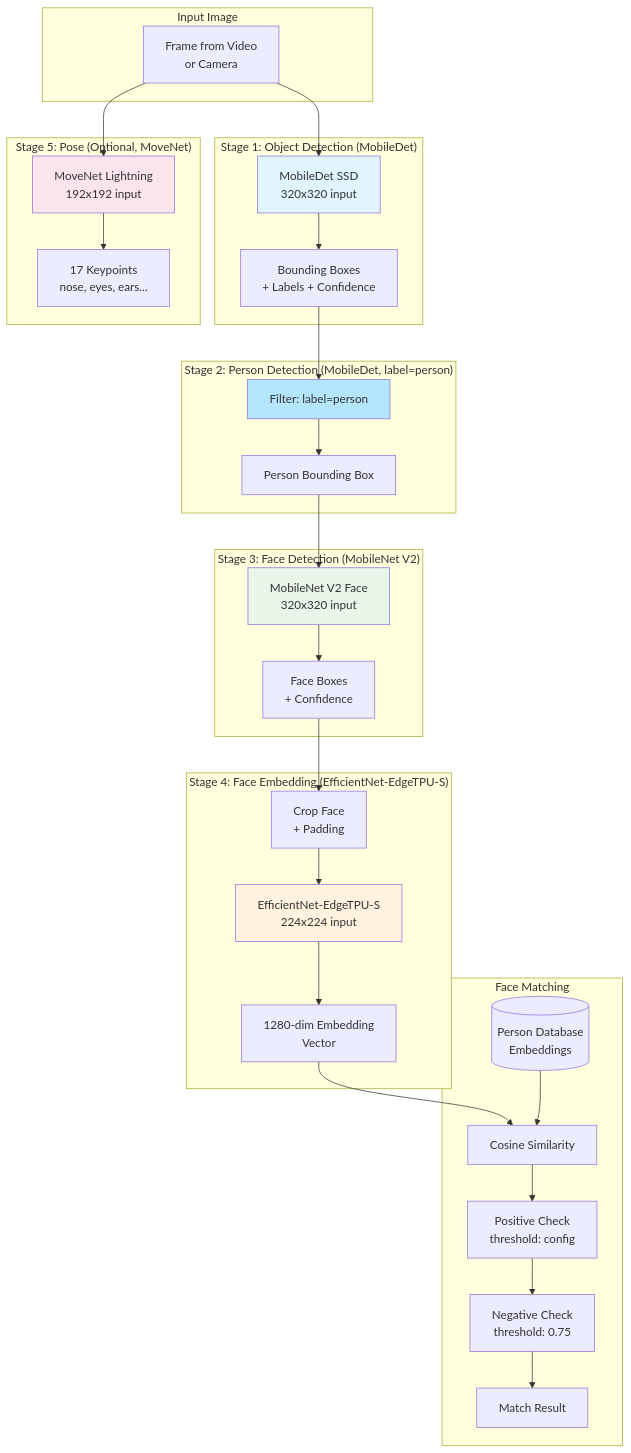
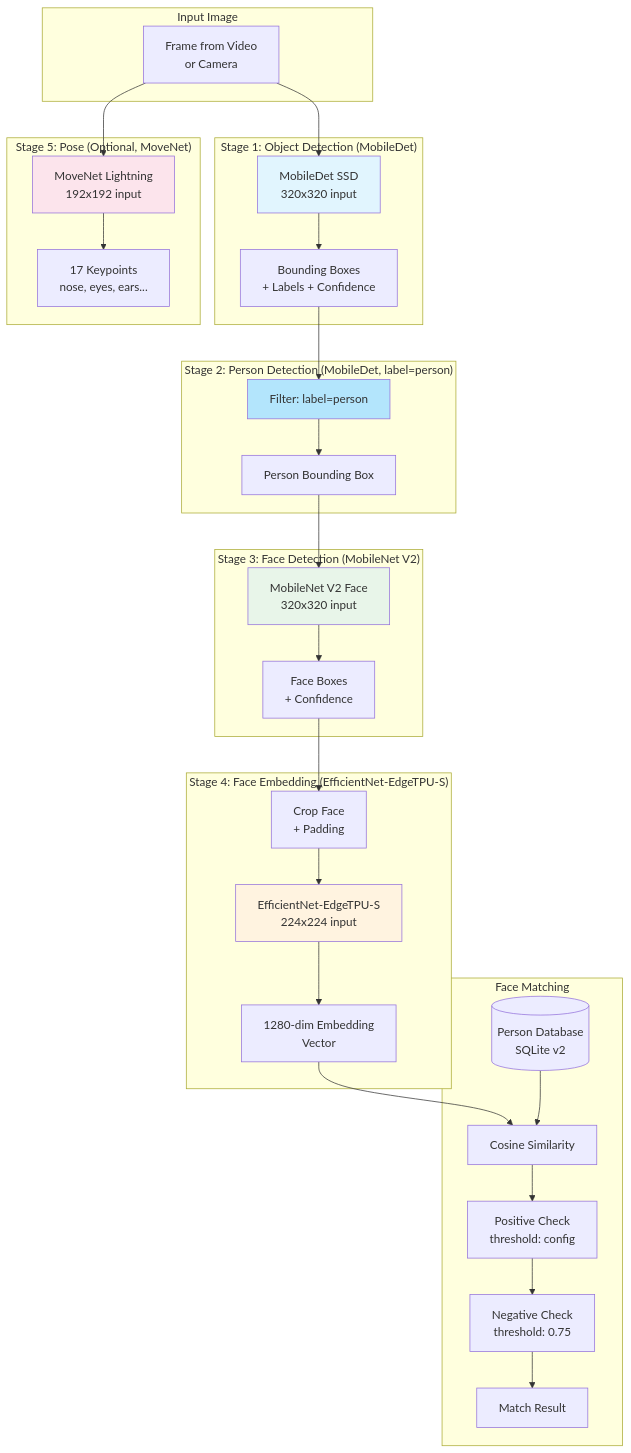
Before and after one commit to brainAThome/Opening_RTSP-Recorder: the fifth of 8 diagrams in README.md, drawn with Mermaid. The commit also changed other lines of this file and 28 other files, not shown here.

````diff
--- a/README.md
+++ b/README.md
@@ -204,65 +328,65 @@
 ```mermaid
 flowchart TB
     subgraph Input["Input Image"]
         IMG["Frame from Video<br/>or Camera"]
     end
     
     subgraph Stage1["Stage 1: Object Detection (MobileDet)"]
         MD["MobileDet SSD<br/>320x320 input"]
         MD_OUT["Bounding Boxes<br/>+ Labels + Confidence"]
     end
     
     subgraph Stage2["Stage 2: Person Detection (MobileDet, label=person)"]
         PERSON_FILTER["Filter: label=person"]
         PERSON_BOX["Person Bounding Box"]
     end
     
     subgraph Stage3["Stage 3: Face Detection (MobileNet V2)"]
         FD["MobileNet V2 Face<br/>320x320 input"]
         FD_OUT["Face Boxes<br/>+ Confidence"]
     end
     
     subgraph Stage4["Stage 4: Face Embedding (EfficientNet-EdgeTPU-S)"]
         FCROP["Crop Face<br/>+ Padding"]
         FE["EfficientNet-EdgeTPU-S<br/>224x224 input"]
         FE_OUT["1280-dim Embedding<br/>Vector"]
     end
     
     subgraph Stage5["Stage 5: Pose (Optional, MoveNet)"]
         MN["MoveNet Lightning<br/>192x192 input"]
         MN_OUT["17 Keypoints<br/>nose, eyes, ears..."]
     end
     
     subgraph Matching["Face Matching"]
-        DB[("Person Database<br/>Embeddings")]
+        DB[("Person Database<br/>SQLite v2")]
         COS["Cosine Similarity"]
         POS["Positive Check<br/>threshold: config"]
         NEG["Negative Check<br/>threshold: 0.75"]
         RESULT["Match Result"]
     end
     
     IMG --> MD
     MD --> MD_OUT
     MD_OUT --> PERSON_FILTER
     PERSON_FILTER --> PERSON_BOX
     PERSON_BOX --> FD
     FD --> FD_OUT
     FD_OUT --> FCROP
     FCROP --> FE
     FE --> FE_OUT
     
     IMG --> MN
     MN --> MN_OUT
     
     FE_OUT --> COS
     DB --> COS
     COS --> POS
     POS --> NEG
     NEG --> RESULT
     
     style MD fill:#e1f5fe
     style PERSON_FILTER fill:#b3e5fc
     style FD fill:#e8f5e9
     style FE fill:#fff3e0
     style MN fill:#fce4ec
 ```
````
